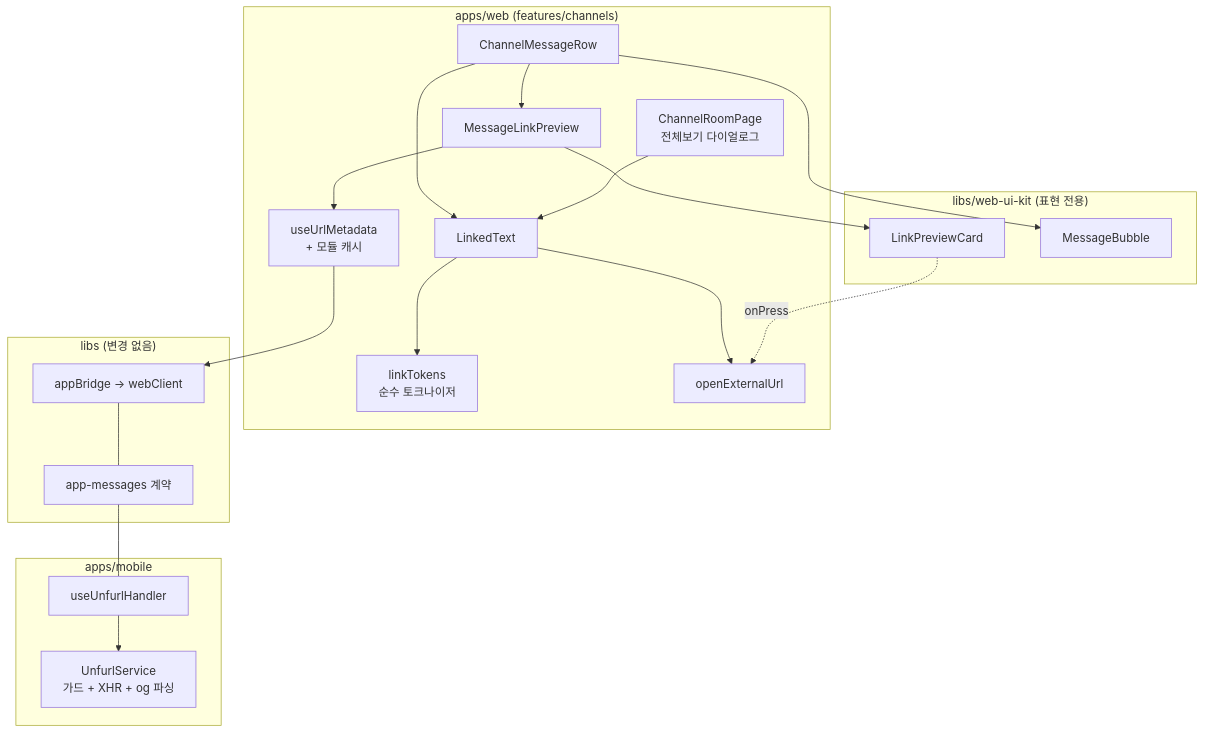
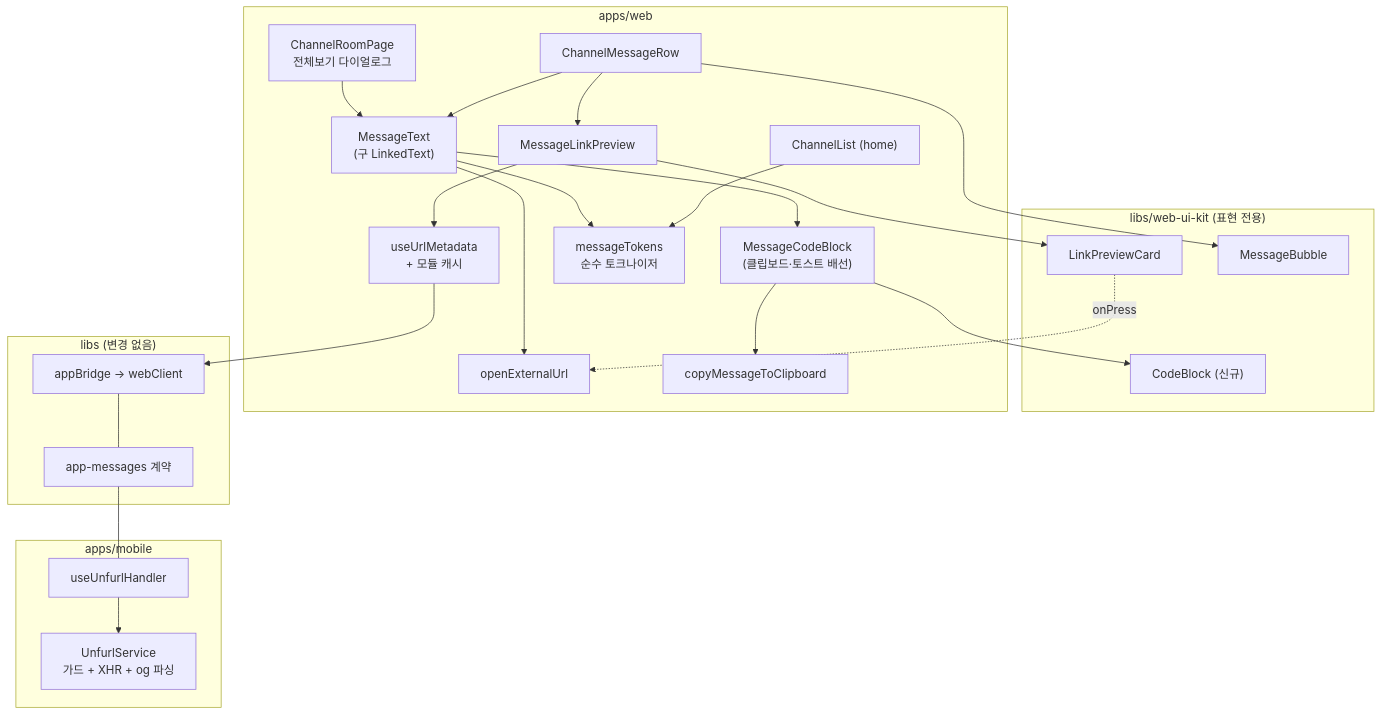
Before and after one commit to lemoncloud-io/dou-app: the third of 4 diagrams in docs/chat-link-preview.md, drawn with Mermaid. The commit also changed other lines of this file and 19 other files, not shown here.

````diff
--- a/docs/chat-link-preview.md
+++ b/docs/chat-link-preview.md
@@ -161,38 +254,46 @@
 ```mermaid
 graph TD
     subgraph kit["libs/web-ui-kit (표현 전용)"]
         LPC[LinkPreviewCard]
+        CB["CodeBlock (신규)"]
         MB[MessageBubble]
     end
-    subgraph web["apps/web (features/channels)"]
+    subgraph web["apps/web"]
         CMR[ChannelMessageRow]
-        CRP[ChannelRoomPage<br/>전체보기 다이얼로그]
-        LT[LinkedText]
+        CRP["ChannelRoomPage<br/>전체보기 다이얼로그"]
+        CL["ChannelList (home)"]
+        MT["MessageText<br/>(구 LinkedText)"]
+        MCB["MessageCodeBlock<br/>(클립보드·토스트 배선)"]
         MLP[MessageLinkPreview]
-        HOOK[useUrlMetadata<br/>+ 모듈 캐시]
-        TOK[linkTokens<br/>순수 토크나이저]
+        HOOK["useUrlMetadata<br/>+ 모듈 캐시"]
+        TOK["messageTokens<br/>순수 토크나이저"]
         OPEN[openExternalUrl]
+        CLIP[copyMessageToClipboard]
     end
     subgraph bridge["libs (변경 없음)"]
-        AB[appBridge → webClient]
-        MSG[app-messages 계약]
+        AB["appBridge → webClient"]
+        MSG["app-messages 계약"]
     end
     subgraph mobile["apps/mobile"]
         UH[useUnfurlHandler]
-        US[UnfurlService<br/>가드 + XHR + og 파싱]
+        US["UnfurlService<br/>가드 + XHR + og 파싱"]
     end
 
     CMR --> MB
-    CMR --> LT
+    CMR --> MT
     CMR --> MLP
-    CRP --> LT
-    LT --> TOK
-    LT --> OPEN
+    CRP --> MT
+    CL --> TOK
+    MT --> TOK
+    MT --> OPEN
+    MT --> MCB
+    MCB --> CB
+    MCB --> CLIP
     MLP --> HOOK
     MLP --> LPC
     LPC -. onPress .-> OPEN
     HOOK --> AB
     AB --- MSG
     MSG --- UH
     UH --> US
 ```
````
